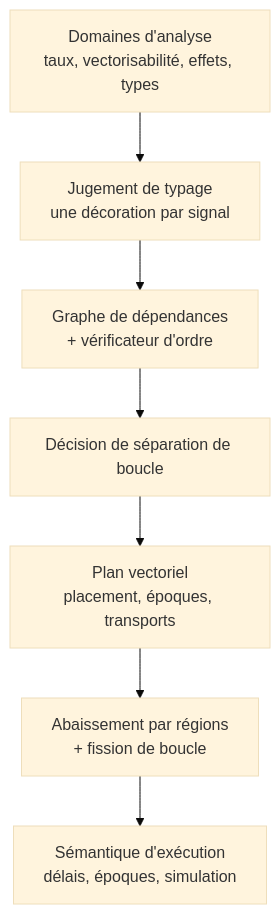
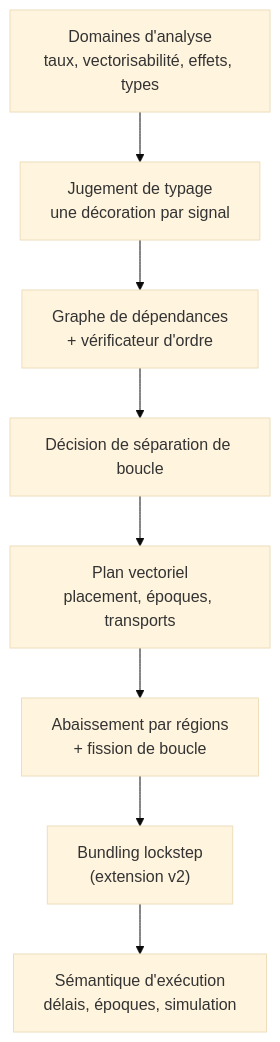
One commit to shakfu/faust-rs changed the diagram in docs/vector-mode-scheduling-formal-spec-guide-fr.md. Above: the diagram before and after it, drawn with Mermaid (base theme). The commit also changed other lines of this file and 5 other files, not shown here.

First line of the commit message:
Mechanize lockstep bundling in the Lean scheduling spec

````diff
--- a/docs/vector-mode-scheduling-formal-spec-guide-fr.md
+++ b/docs/vector-mode-scheduling-formal-spec-guide-fr.md
@@ -85,9 +85,10 @@
 ```mermaid
 flowchart TB
   D["Domaines d'analyse<br>taux, vectorisabilité, effets, types"] --> T["Jugement de typage<br>une décoration par signal"]
   T --> G["Graphe de dépendances<br>+ vérificateur d'ordre"]
   G --> S["Décision de séparation de boucle"]
   S --> P["Plan vectoriel<br>placement, époques, transports"]
   P --> L["Abaissement par régions<br>+ fission de boucle"]
-  L --> X["Sémantique d'exécution<br>délais, époques, simulation"]
+  L --> K["Bundling lockstep<br>(extension v2)"]
+  K --> X["Sémantique d'exécution<br>délais, époques, simulation"]
 ```
````
